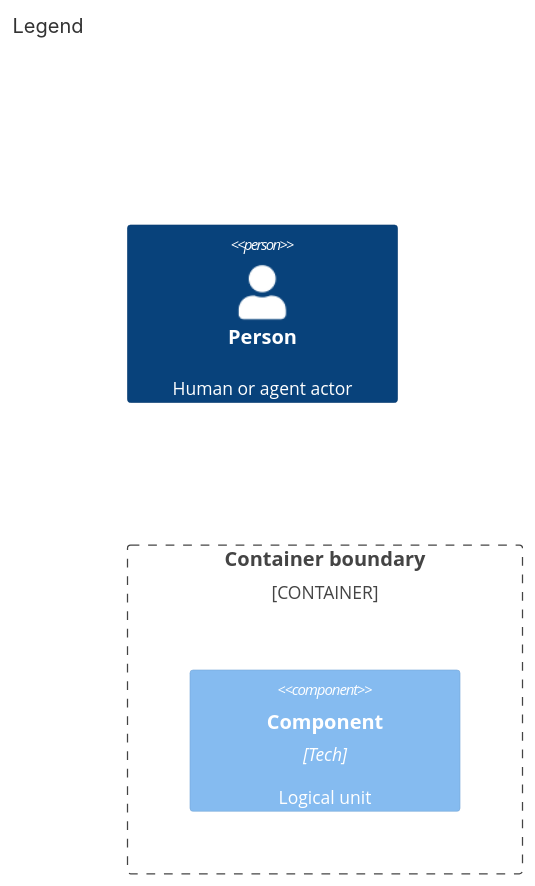
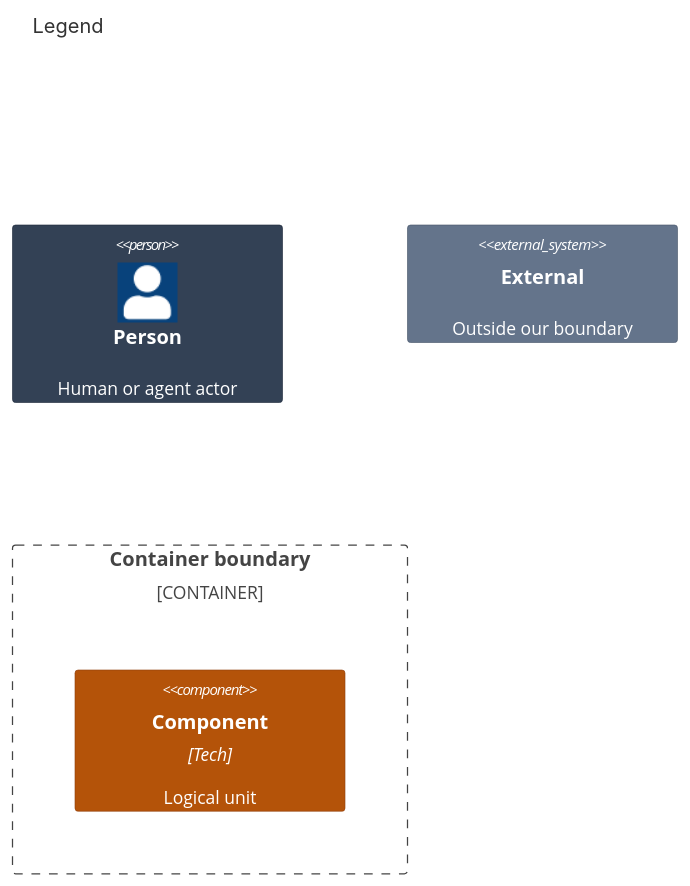
Before and after one commit to may-journal/journey: the second of 2 diagrams in docs/architecture/03-components.md, drawn with Mermaid. The commit also changed other lines of this file and 4 other files, not shown here.

First line of the commit message:
docs(architecture): draw each view in its level's form and palette (#17)

````diff
--- a/docs/architecture/03-components.md
+++ b/docs/architecture/03-components.md
@@ -29,9 +35,14 @@
 ```mermaid
 C4Component
     title Legend
 
     Person(p, "Person", "Human or agent actor")
     Container_Boundary(cb, "Container boundary") {
         Component(c, "Component", "Tech", "Logical unit")
     }
+    System_Ext(e, "External", "Outside our boundary")
+
+    UpdateElementStyle(p, $bgColor="#334155", $borderColor="#1e293b", $fontColor="#ffffff")
+    UpdateElementStyle(c, $bgColor="#b45309", $borderColor="#92400e", $fontColor="#ffffff")
+    UpdateElementStyle(e, $bgColor="#64748b", $borderColor="#475569", $fontColor="#ffffff")
 ```
````
